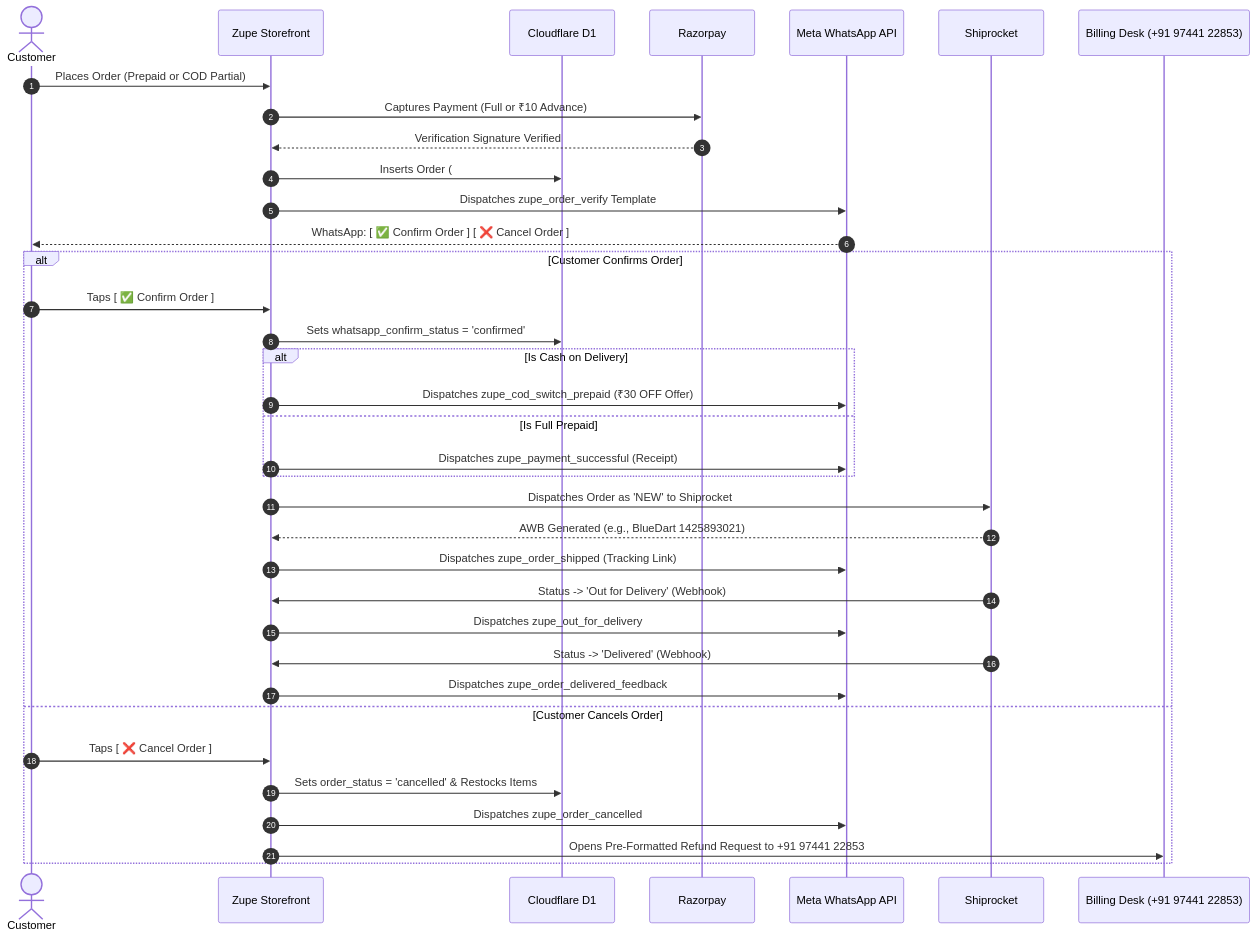
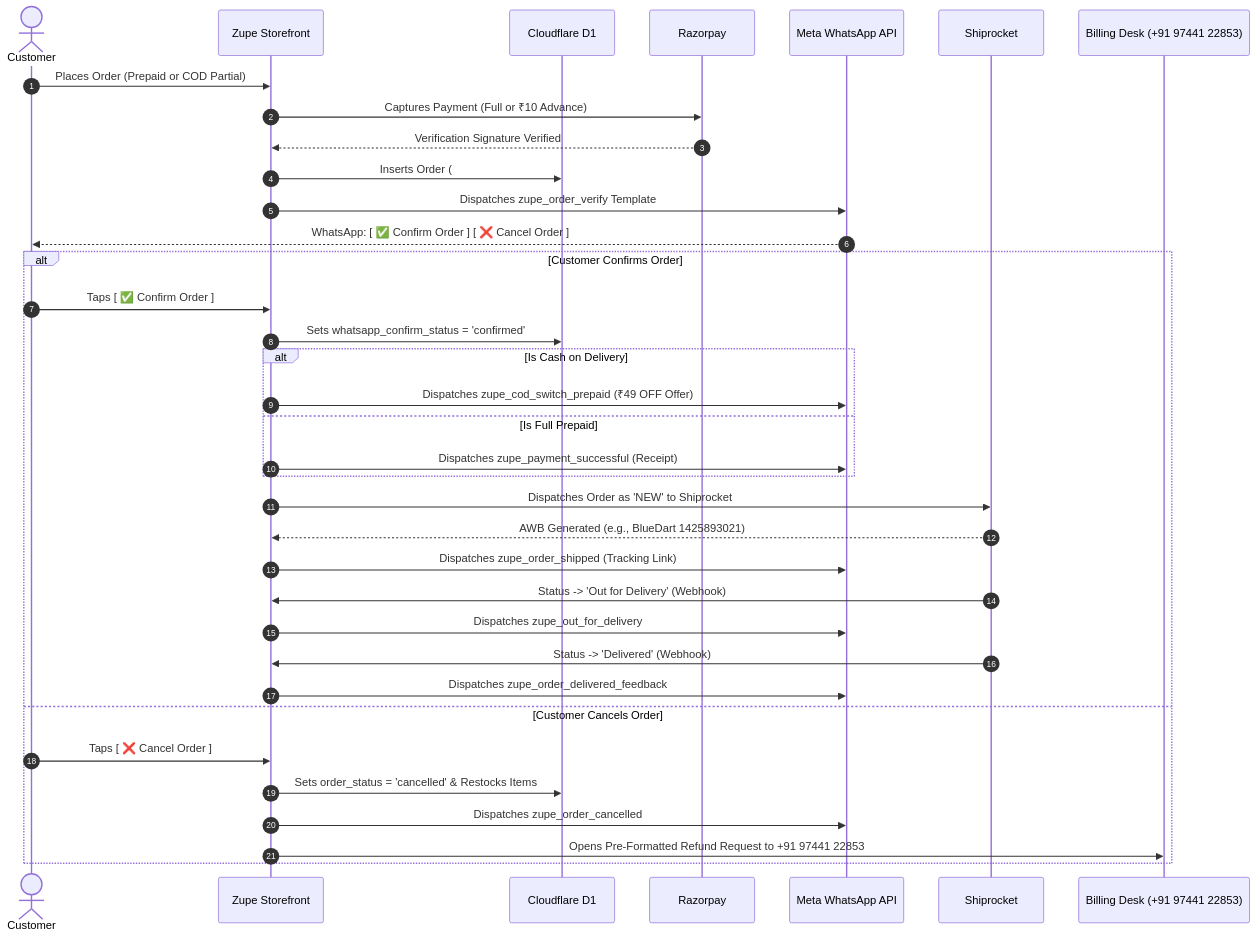
The second of 2 diagrams in docs/SYSTEM_WORKFLOW_AND_FEATURES.md (stibe-labs/zupe-store-ecommerce), drawn with Mermaid before and after one commit. The commit also changed other lines of this file and 9 other files, not shown here.

Commit message:
feat(checkout): rename COD shipping charge to COD handling charge, clean free shipping badge, and update switch-to-prepaid discount to save 49

````diff
--- a/docs/SYSTEM_WORKFLOW_AND_FEATURES.md
+++ b/docs/SYSTEM_WORKFLOW_AND_FEATURES.md
@@ -335,40 +335,40 @@
 ```mermaid
 sequenceDiagram
     autonumber
     actor Customer
     participant Store as Zupe Storefront
     participant D1 as Cloudflare D1
     participant RP as Razorpay
     participant Meta as Meta WhatsApp API
     participant Ship as Shiprocket
     participant Desk as Billing Desk (+91 97441 22853)
 
     Customer->>Store: Places Order (Prepaid or COD Partial)
     Store->>RP: Captures Payment (Full or ₹10 Advance)
     RP-->>Store: Verification Signature Verified
     Store->>D1: Inserts Order (#1941) with Pending WA Status
     Store->>Meta: Dispatches zupe_order_verify Template
     Meta-->>Customer: WhatsApp: [ ✅ Confirm Order ] [ ❌ Cancel Order ]
 
     alt Customer Confirms Order
         Customer->>Store: Taps [ ✅ Confirm Order ]
         Store->>D1: Sets whatsapp_confirm_status = 'confirmed'
         alt Is Cash on Delivery
-            Store->>Meta: Dispatches zupe_cod_switch_prepaid (₹30 OFF Offer)
+            Store->>Meta: Dispatches zupe_cod_switch_prepaid (₹49 OFF Offer)
         else Is Full Prepaid
             Store->>Meta: Dispatches zupe_payment_successful (Receipt)
         end
         Store->>Ship: Dispatches Order as 'NEW' to Shiprocket
         Ship-->>Store: AWB Generated (e.g., BlueDart 1425893021)
         Store->>Meta: Dispatches zupe_order_shipped (Tracking Link)
         Ship->>Store: Status -> 'Out for Delivery' (Webhook)
         Store->>Meta: Dispatches zupe_out_for_delivery
         Ship->>Store: Status -> 'Delivered' (Webhook)
         Store->>Meta: Dispatches zupe_order_delivered_feedback
     else Customer Cancels Order
         Customer->>Store: Taps [ ❌ Cancel Order ]
         Store->>D1: Sets order_status = 'cancelled' & Restocks Items
         Store->>Meta: Dispatches zupe_order_cancelled
         Store->>Desk: Opens Pre-Formatted Refund Request to +91 97441 22853
     end
 ```
````
